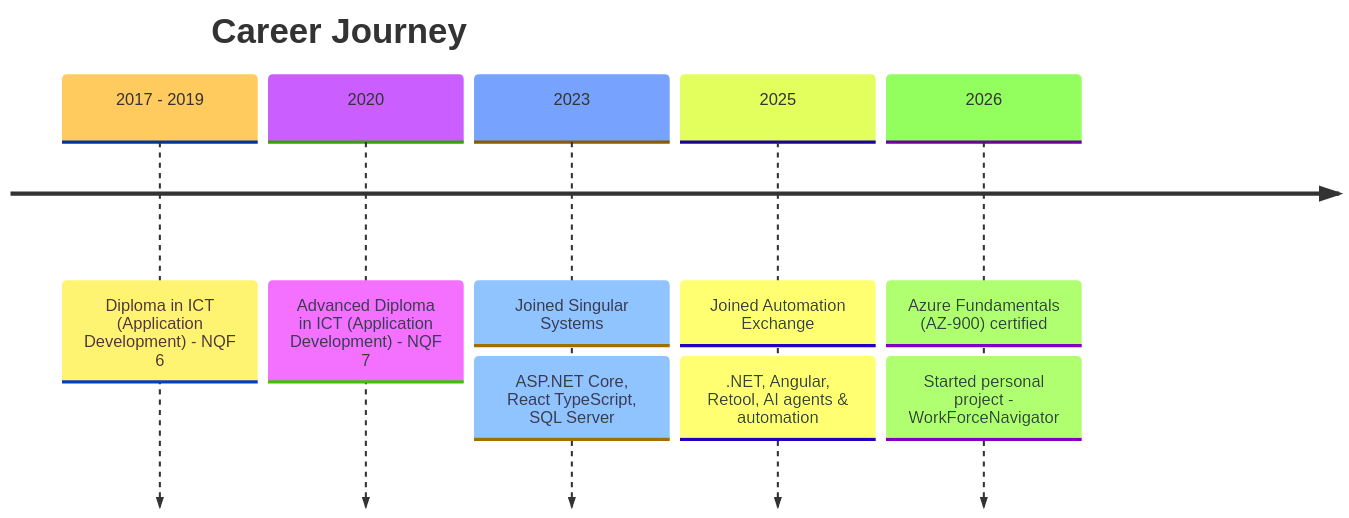
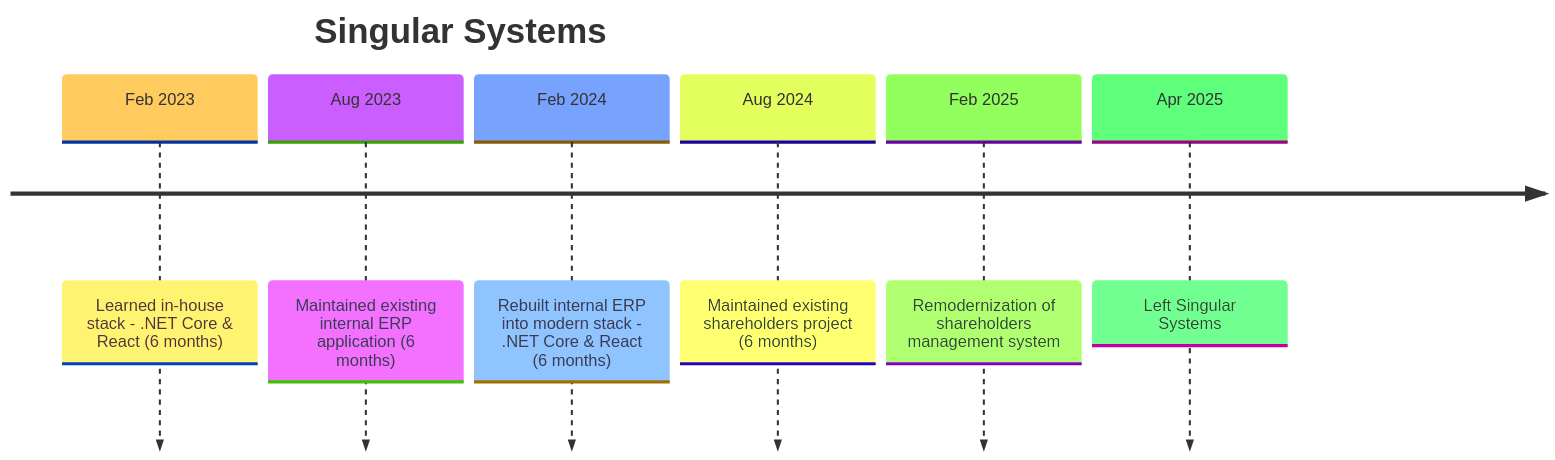
One commit to SilindamMN/SilindamMN changed the second of 2 diagrams in README.md. Above: the diagram before and after it, drawn with Mermaid. The commit also changed other lines of this file, not shown here.

````diff
--- a/README.md
+++ b/README.md
@@ -55,16 +66,14 @@
 ```mermaid
 ---
 config:
   theme: 'base'
 ---
 timeline
-    title Career Journey
-    2017 - 2019 : Diploma in ICT (Application Development) - NQF 6
-    2020 : Advanced Diploma in ICT (Application Development) - NQF 7
-    2023 : Joined Singular Systems
-         : ASP.NET Core, React TypeScript, SQL Server
-    2025 : Joined Automation Exchange
-         : .NET, Angular, Retool, AI agents & automation
-    2026 : Azure Fundamentals (AZ-900) certified
-         : Started personal project - WorkForceNavigator
+    title Singular Systems
+    Feb 2023 : Learned in-house stack - .NET Core & React (6 months)
+    Aug 2023 : Maintained existing internal ERP application (6 months)
+    Feb 2024 : Rebuilt internal ERP into modern stack - .NET Core & React (6 months)
+    Aug 2024 : Maintained existing shareholders project (6 months)
+    Feb 2025 : Remodernization of shareholders management system
+    Apr 2025 : Left Singular Systems
 ```
````
